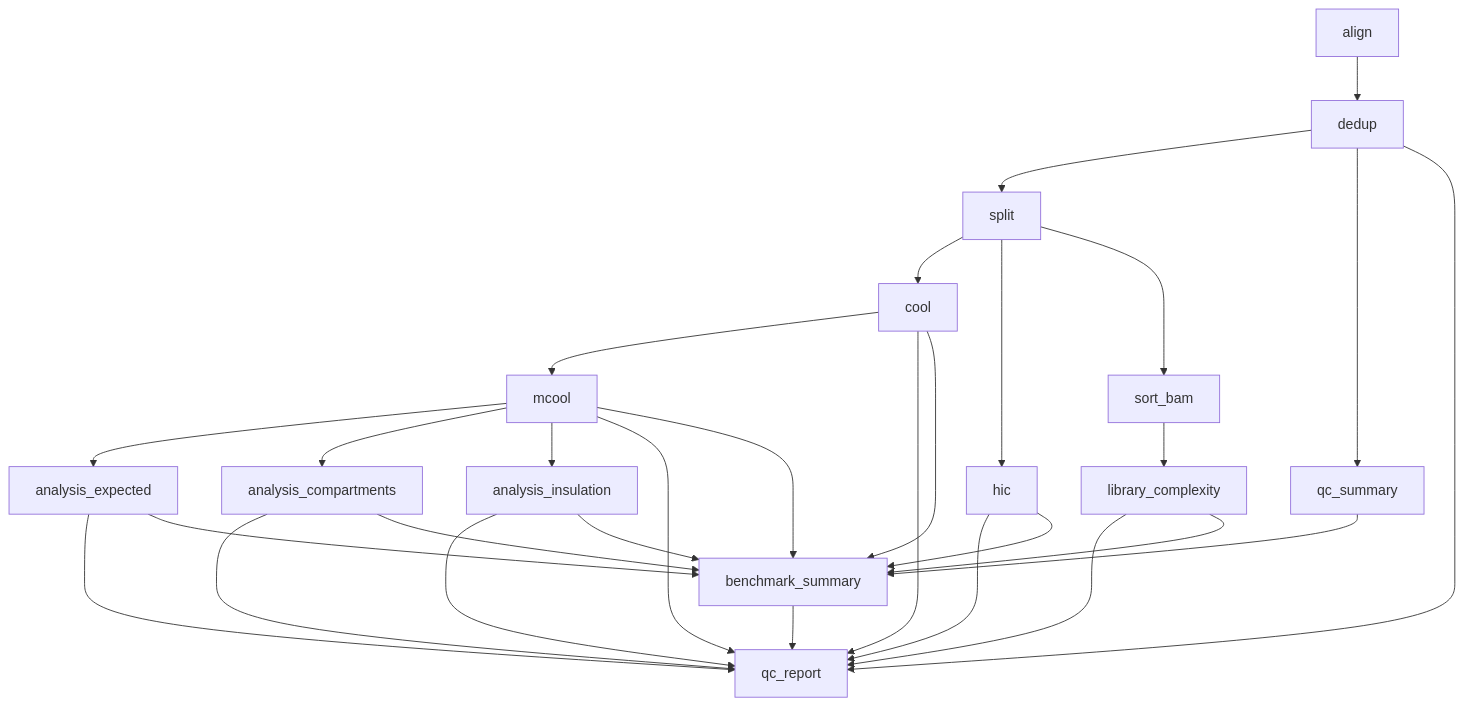
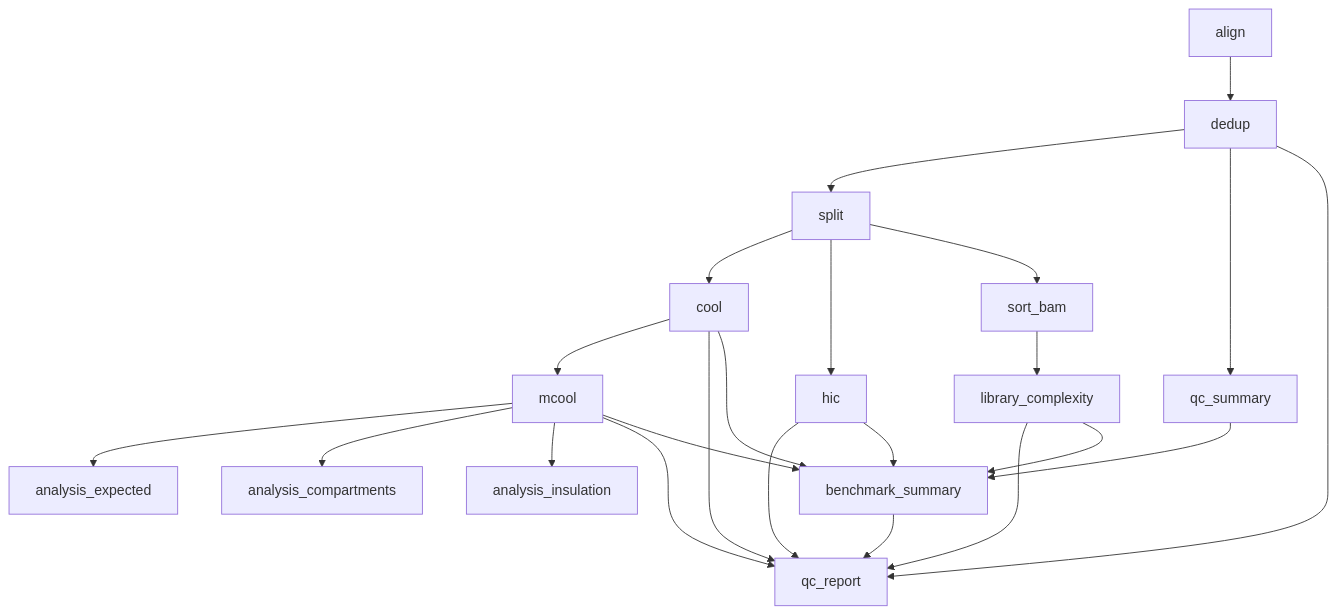
The first of 2 diagrams in CODE_GUIDE.md (jpflores-13/MicroCPipe), drawn with Mermaid before and after one commit. The commit also changed other lines of this file and 3 other files, not shown here.

Commit message:
Docs: update Core diagram and text so optional analyses no longer feed the dashboard

````diff
--- a/CODE_GUIDE.md
+++ b/CODE_GUIDE.md
@@ -173,45 +174,39 @@
 ```mermaid
 flowchart TD
     cool
     split
     dedup
     align
     mcool
     hic
     analysis_expected
     analysis_compartments
     analysis_insulation
     qc_summary
     library_complexity
     sort_bam
     qc_report
     benchmark_summary
     split --> cool
     dedup --> split
     align --> dedup
     cool --> mcool
     split --> hic
     mcool --> analysis_expected
     mcool --> analysis_compartments
     mcool --> analysis_insulation
     dedup --> qc_summary
     sort_bam --> library_complexity
     split --> sort_bam
+    cool --> qc_report
+    dedup --> qc_report
+    library_complexity --> qc_report
     hic --> qc_report
-    analysis_expected --> qc_report
     mcool --> qc_report
     benchmark_summary --> qc_report
-    cool --> qc_report
-    analysis_insulation --> qc_report
-    analysis_compartments --> qc_report
-    library_complexity --> qc_report
-    dedup --> qc_report
-    hic --> benchmark_summary
-    analysis_expected --> benchmark_summary
-    mcool --> benchmark_summary
     cool --> benchmark_summary
-    analysis_insulation --> benchmark_summary
-    analysis_compartments --> benchmark_summary
     library_complexity --> benchmark_summary
     qc_summary --> benchmark_summary
+    hic --> benchmark_summary
+    mcool --> benchmark_summary
 ```
````
